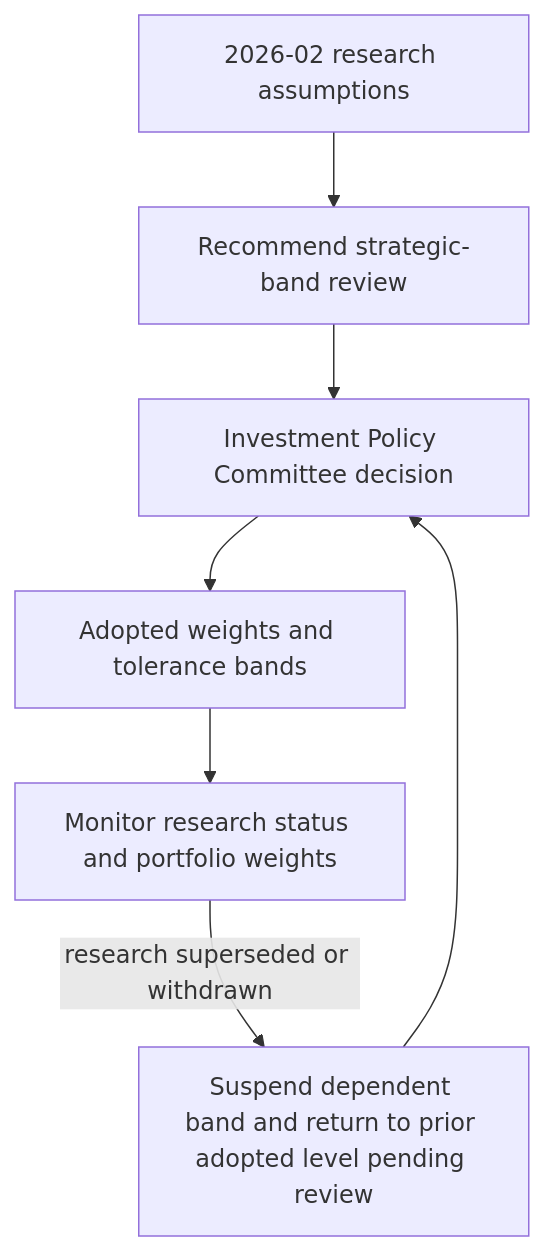
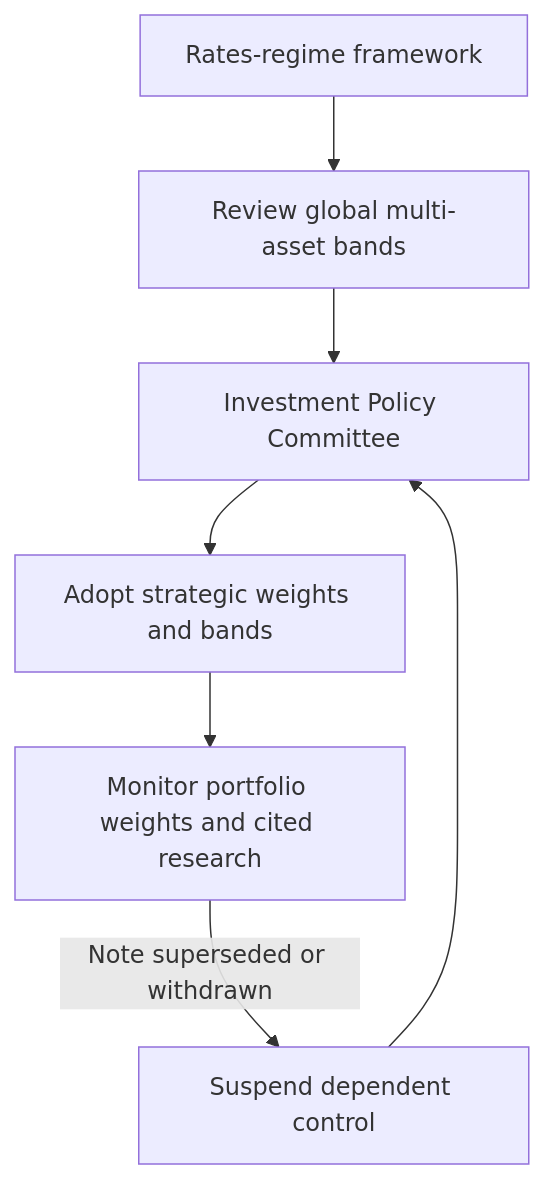
Before and after one commit to xuro-langchain/wealth-research-corpus: the diagram in openwiki/research/multi-asset/rates-regime.md, drawn with Mermaid. The commit also changed other lines of this file and 43 other files, not shown here.

````diff
--- a/openwiki/research/multi-asset/rates-regime.md
+++ b/openwiki/research/multi-asset/rates-regime.md
@@ -42,9 +41,9 @@
 ```mermaid
 flowchart TD
-    View["2026-02 research assumptions"] --> Review["Recommend strategic-band review"]
-    Review --> Committee["Investment Policy Committee decision"]
-    Committee --> Control["Adopted weights and tolerance bands"]
-    Control --> Monitor["Monitor research status and portfolio weights"]
-    Monitor -->|"research superseded or withdrawn"| Suspend["Suspend dependent band and return to prior adopted level pending review"]
+    Framework["Rates-regime framework"] --> Review["Review global multi-asset bands"]
+    Review --> Committee["Investment Policy Committee"]
+    Committee --> Controls["Adopt strategic weights and bands"]
+    Controls --> Monitor["Monitor portfolio weights and cited research"]
+    Monitor -->|"Note superseded or withdrawn"| Suspend["Suspend dependent control"]
     Suspend --> Committee
 ```
````
